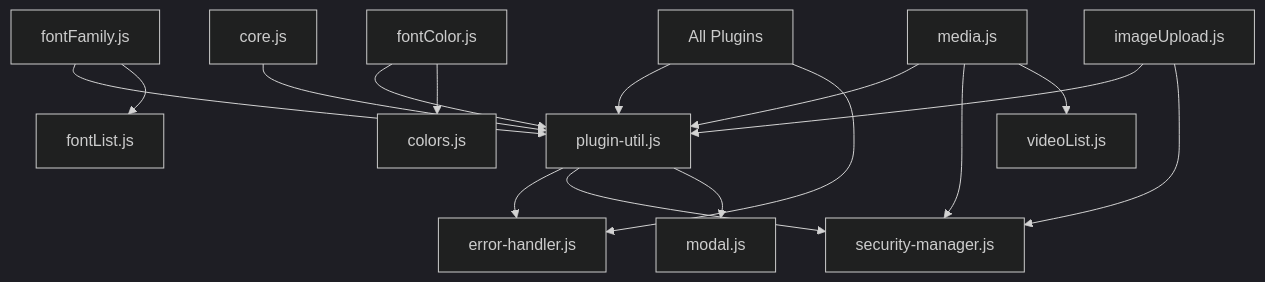
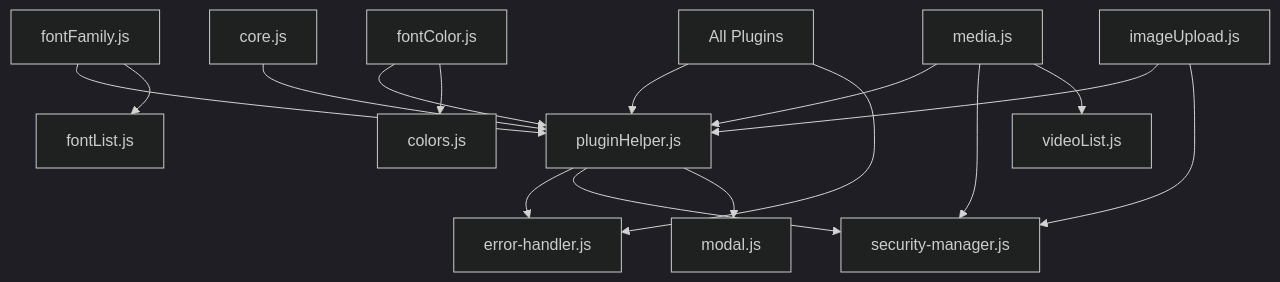
One commit to villainscode/lite-editor changed the diagram in docs/function-list.md. Above: the diagram before and after it, drawn with Mermaid (dark theme). The commit also changed other lines of this file and 13 other files, not shown here.

````diff
--- a/docs/function-list.md
+++ b/docs/function-list.md
@@ -495,23 +495,23 @@
 ```mermaid
 graph TD
-    A[core.js] --> B[plugin-util.js]
+    A[core.js] --> B[pluginHelper.js]
     B --> C[error-handler.js]
     B --> D[security-manager.js]
     B --> E[modal.js]
     
     F[fontFamily.js] --> B
     F --> G[fontList.js]
     
     H[fontColor.js] --> B
     H --> I[colors.js]
     
     J[media.js] --> B
     J --> D
     J --> K[videoList.js]
     
     L[imageUpload.js] --> B
     L --> D
     
     M[All Plugins] --> B
     M --> C
 ```
````
